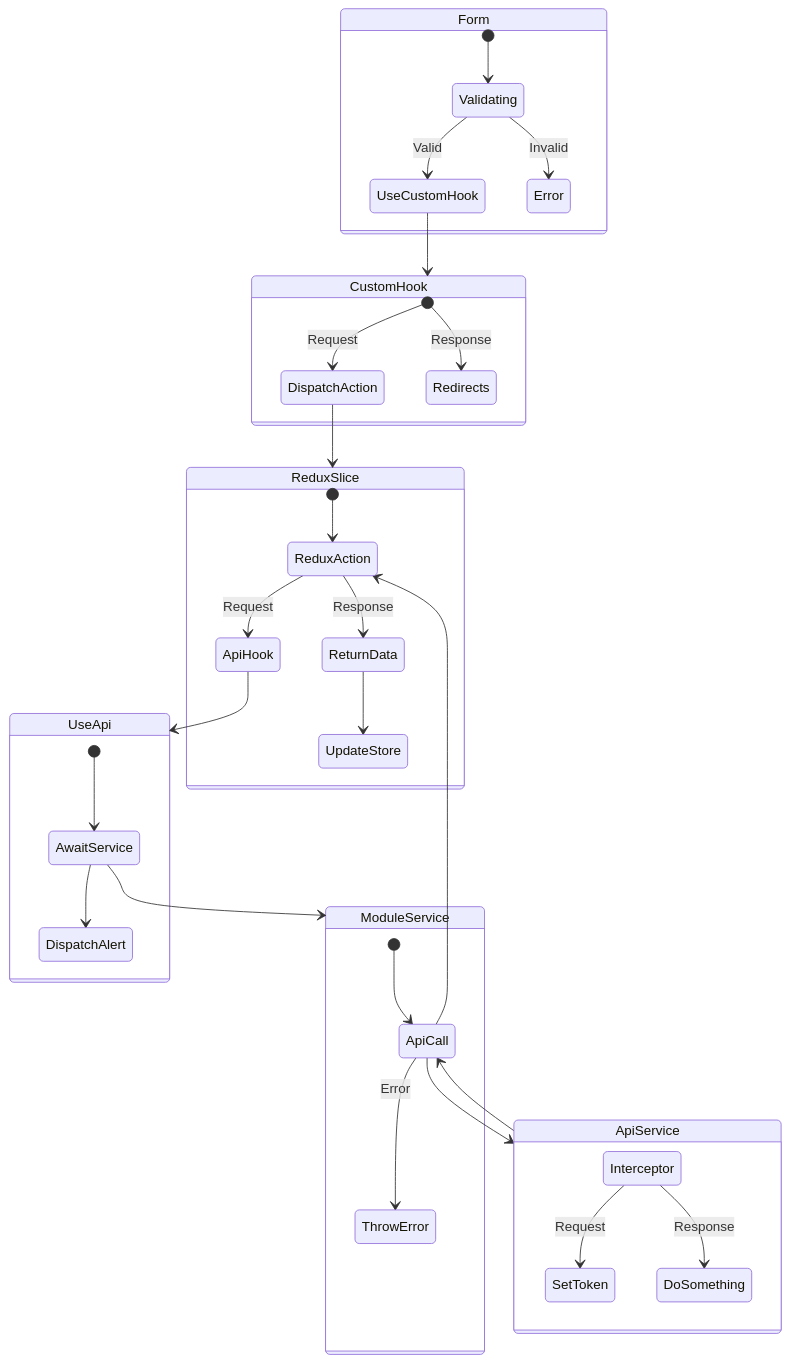
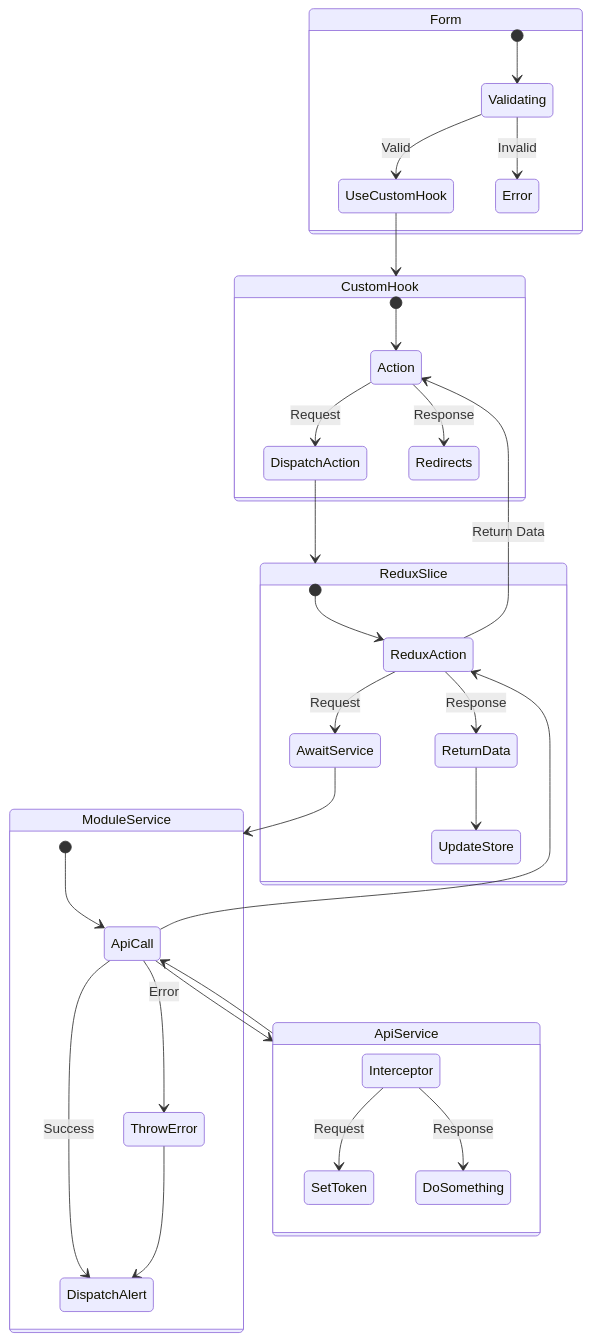
One commit to Vestigialmars5/TMS-Project changed the second of 9 diagrams in system_design.md. Above: the diagram before and after it, drawn with Mermaid. The commit also changed other lines of this file, not shown here.

Commit message:
Update: Remove useApi
- Will manually implement the loading section (only part useful) into each custom hook

````diff
--- a/system_design.md
+++ b/system_design.md
@@ -1515,38 +1515,37 @@
 ```mermaid
 stateDiagram-v2
     state Form {
         [*] --> Validating
         Validating --> UseCustomHook : Valid
         Validating --> Error : Invalid
     }
     UseCustomHook --> CustomHook
     state CustomHook {
-        [*] --> DispatchAction : Request
-        [*] --> Redirects : Response
+        [*] --> Action
+        Action --> DispatchAction : Request
+        Action --> Redirects : Response
     }
     DispatchAction --> ReduxSlice
     state ReduxSlice {
         [*] --> ReduxAction
-        ReduxAction --> ApiHook : Request
+        ReduxAction --> AwaitService : Request
         ReduxAction --> ReturnData : Response
         ReturnData --> UpdateStore
     }
-    ApiHook --> UseApi
-    state UseApi {
-        [*] --> AwaitService
-        AwaitService --> DispatchAlert
-    }
+    ReduxAction --> Action : Return Data
     AwaitService --> ModuleService
     state ModuleService {
         [*] --> ApiCall
         ApiCall --> ThrowError : Error
+        ApiCall --> DispatchAlert : Success
+        ThrowError --> DispatchAlert
     }
     ApiCall --> ApiService
     ApiService --> ApiCall
     state ApiService {
         Interceptor --> SetToken : Request
         Interceptor --> DoSomething : Response
     }
     ApiCall --> ReduxAction
 
 ```
````
